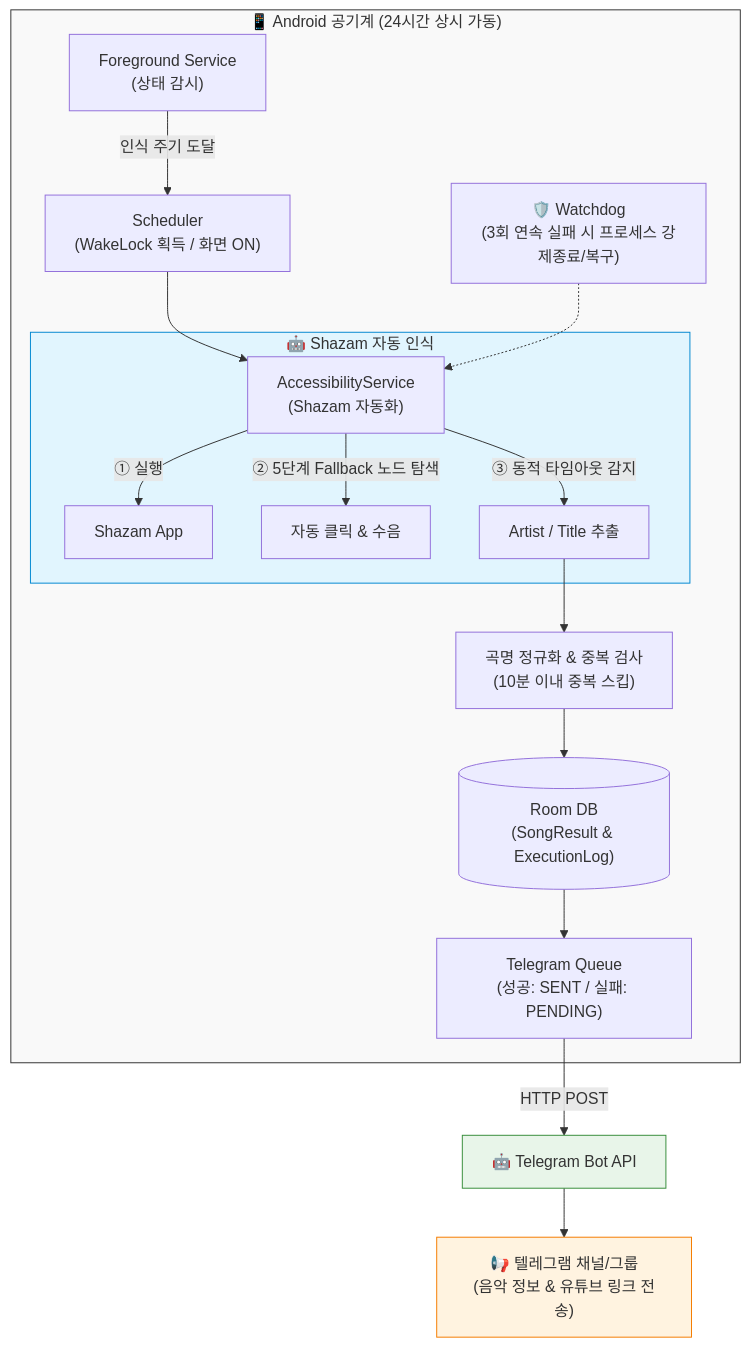
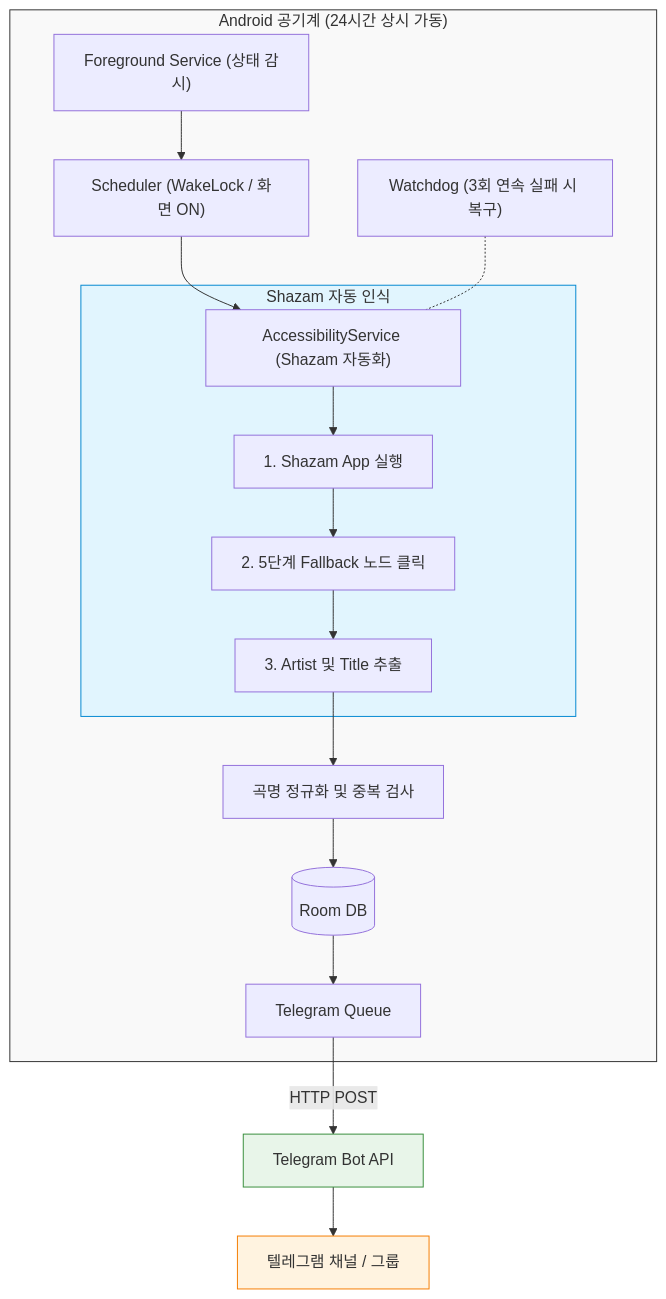
The diagram in README.md (psmoke82/SoundLog), drawn with Mermaid before and after one commit.

Commit message:
fix: README.md Mermaid 문법 호환성 수정

````diff
--- a/README.md
+++ b/README.md
@@ -38,27 +38,27 @@
 ```mermaid
 flowchart TD
-    subgraph Device["📱 Android 공기계 (24시간 상시 가동)"]
-        FS["Foreground Service<br/>(상태 감시)"] -->|인식 주기 도달| SCH["Scheduler<br/>(WakeLock 획득 / 화면 ON)"]
-        SCH --> ACC["AccessibilityService<br/>(Shazam 자동화)"]
+    subgraph Device["Android 공기계 (24시간 상시 가동)"]
+        FS["Foreground Service (상태 감시)"] --> SCH["Scheduler (WakeLock / 화면 ON)"]
+        SCH --> ACC["AccessibilityService (Shazam 자동화)"]
         
-        subgraph Automation["🤖 Shazam 자동 인식"]
-            ACC -->|① 실행| SHZ["Shazam App"]
-            ACC -->|② 5단계 Fallback 노드 탐색| TAP["자동 클릭 & 수음"]
-            ACC -->|③ 동적 타임아웃 감지| RES["Artist / Title 추출"]
+        subgraph Automation["Shazam 자동 인식"]
+            ACC --> SHZ["1. Shazam App 실행"]
+            SHZ --> TAP["2. 5단계 Fallback 노드 클릭"]
+            TAP --> RES["3. Artist 및 Title 추출"]
         end
         
-        RES --> NORM["곡명 정규화 & 중복 검사<br/>(10분 이내 중복 스킵)"]
-        NORM --> DB[("Room DB<br/>(SongResult & ExecutionLog)")]
-        DB --> QUEUE["Telegram Queue<br/>(성공: SENT / 실패: PENDING)"]
+        RES --> NORM["곡명 정규화 및 중복 검사"]
+        NORM --> DB[("Room DB")]
+        DB --> QUEUE["Telegram Queue"]
         
-        WD["🛡️ Watchdog<br/>(3회 연속 실패 시 프로세스 강제종료/복구)"] .-> ACC
+        WD["Watchdog (3회 연속 실패 시 복구)"] -.- ACC
     end
 
-    QUEUE -->|HTTP POST| BOT["🤖 Telegram Bot API"]
-    BOT --> CH["📢 텔레그램 채널/그룹<br/>(음악 정보 & 유튜브 링크 전송)"]
+    QUEUE -->|HTTP POST| BOT["Telegram Bot API"]
+    BOT --> CH["텔레그램 채널 / 그룹"]
 
     style Device fill:#f9f9f9,stroke:#333,stroke-width:1px
     style Automation fill:#e1f5fe,stroke:#0288d1,stroke-width:1px
     style BOT fill:#e8f5e9,stroke:#388e3c,stroke-width:1px
     style CH fill:#fff3e0,stroke:#f57c00,stroke-width:1px
 ```
````
